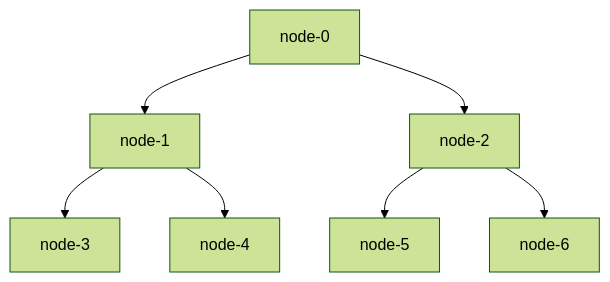
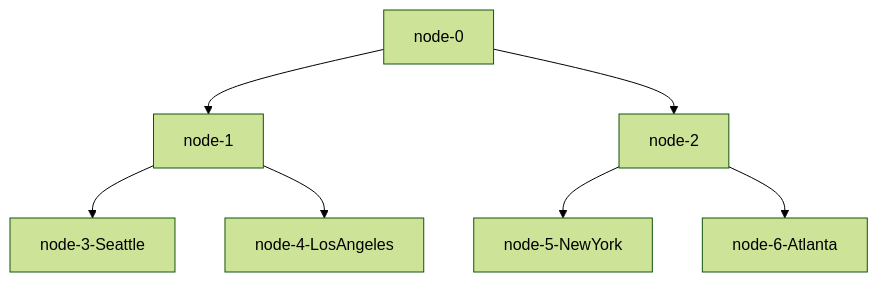
One commit to myk12/CDNTestbed changed the diagram in README.md. Above: the diagram before and after it, drawn with Mermaid (forest theme). The commit also changed other lines of this file and 2 other files, not shown here.

Commit message:
feat: update trace generation script

````diff
--- a/README.md
+++ b/README.md
@@ -11,9 +11,9 @@
 ```mermaid
 graph TD
     node-0 -->node-1
     node-0 -->node-2
-    node-1 -->node-3
-    node-1 -->node-4
-    node-2 -->node-5
-    node-2 -->node-6
+    node-1 -->node-3-Seattle
+    node-1 -->node-4-LosAngeles
+    node-2 -->node-5-NewYork
+    node-2 -->node-6-Atlanta
 ```
````
